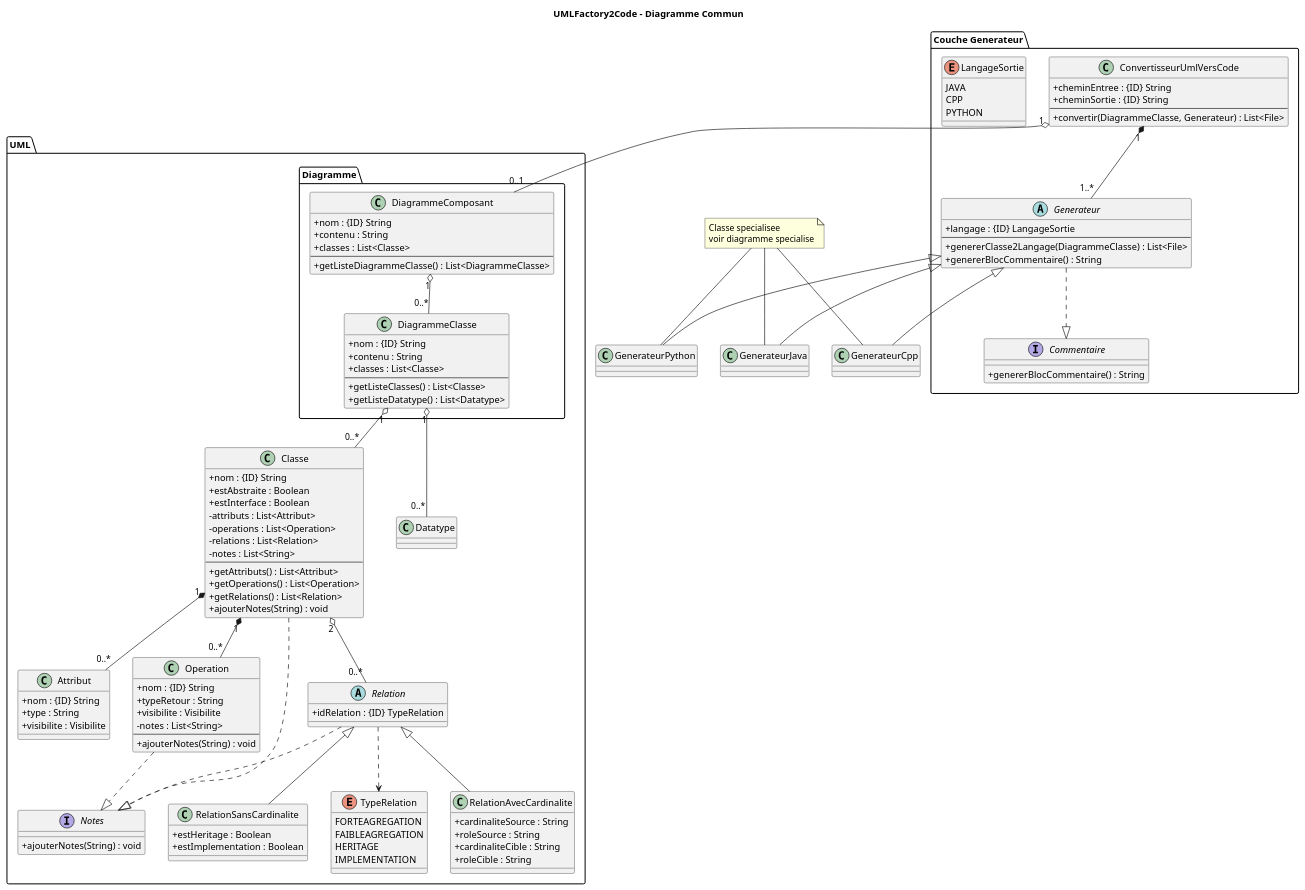
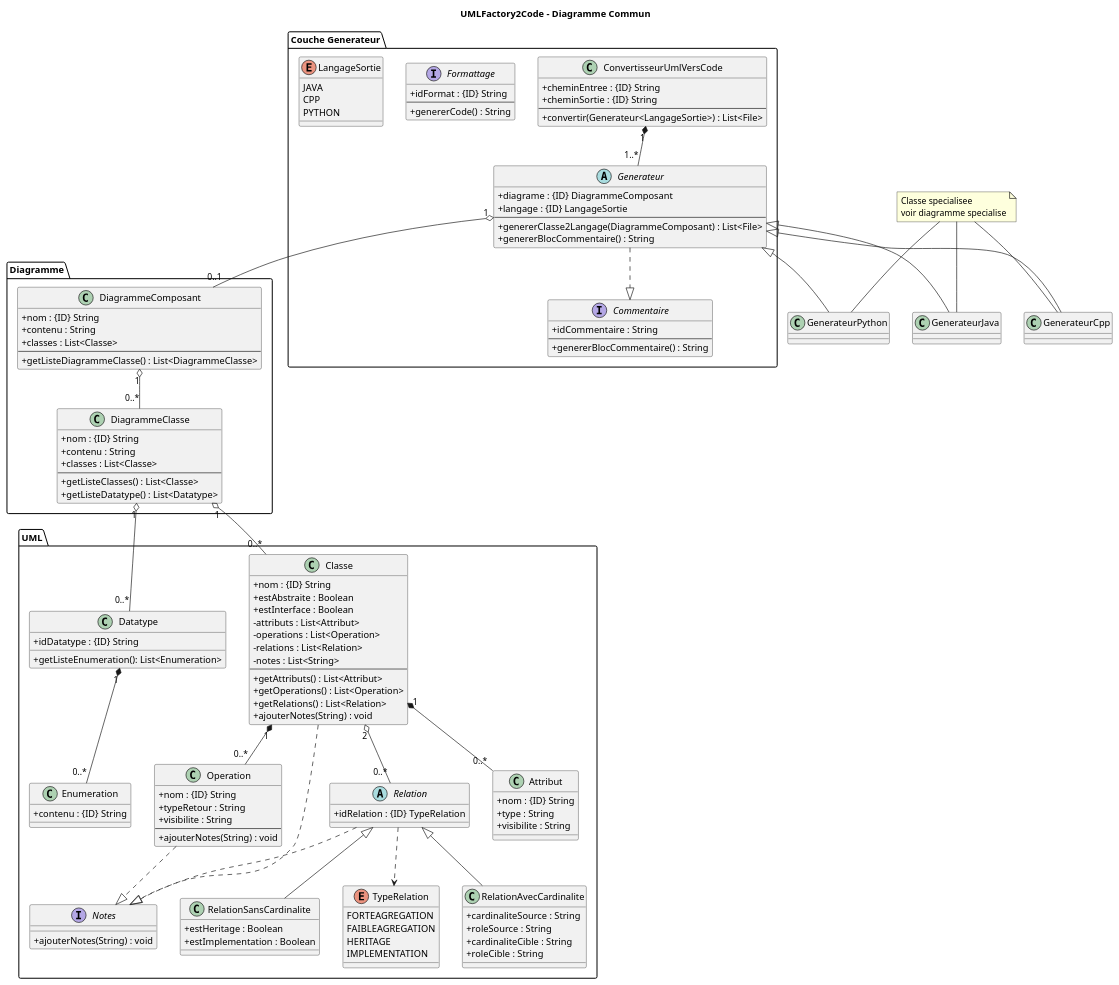
The diagram in doc/fichier_puml/diagramme_commun.puml (RasdaCorentin/PlantUML2Code), drawn with PlantUML before and after one commit. The commit also changed 2 other files, not shown here.

Commit message:
Modif Diagramme de classe

```diff
--- a/doc/fichier_puml/diagramme_commun.puml
+++ b/doc/fichier_puml/diagramme_commun.puml
@@ -1,142 +1,157 @@
 @startuml
 title UMLFactory2Code - Diagramme Commun
 skinparam classAttributeIconSize 0
 
 package "Couche Generateur" {
 
   class ConvertisseurUmlVersCode {
     +cheminEntree : {ID} String
     +cheminSortie : {ID} String
     ---
-    +convertir(DiagrammeClasse, Generateur) : List<File>
+    +convertir(Generateur<LangageSortie>) : List<File>
   }
 
   abstract class Generateur {
+    +diagrame : {ID} DiagrammeComposant
     +langage : {ID} LangageSortie
     ---
-    +genererClasse2Langage(DiagrammeClasse) : List<File>
+    +genererClasse2Langage(DiagrammeComposant) : List<File>
     +genererBlocCommentaire() : String
   }
-
+  ' --- Interface Formattage ---
+  interface Formattage {
+    +idFormat : {ID} String
+    ---
+    +genererCode() : String
+  }
   enum LangageSortie {
     JAVA
     CPP
     PYTHON
   }
 
   interface Commentaire {
+    +idCommentaire : String
+    ---
     +genererBlocCommentaire() : String
   }
 
   Generateur ..|> Commentaire
   ConvertisseurUmlVersCode "1" *-- "1..*" Generateur
 }
-
-package "UML" {
 
 package "Diagramme"{
   class DiagrammeComposant{
     +nom : {ID} String
     +contenu : String
     +classes : List<Classe>
     ---
     +getListeDiagrammeClasse() : List<DiagrammeClasse>
   }
   class DiagrammeClasse {
     +nom : {ID} String
     +contenu : String
     +classes : List<Classe>
     ---
     +getListeClasses() : List<Classe>
     +getListeDatatype() : List<Datatype>
   }
 }
+
+package "UML" {
   class "Classe" as UMLClasse {
     +nom : {ID} String
     +estAbstraite : Boolean
     +estInterface : Boolean
     -attributs : List<Attribut>
     -operations : List<Operation>
     -relations : List<Relation>
     -notes : List<String>
     ---
     +getAttributs() : List<Attribut>
     +getOperations() : List<Operation>
     +getRelations() : List<Relation>
     +ajouterNotes(String) : void
   }
 
   class Attribut {
     +nom : {ID} String
     +type : String
-    +visibilite : Visibilite
+    +visibilite : String 
   }
 
   class Operation {
     +nom : {ID} String
     +typeRetour : String
-    +visibilite : Visibilite
-    -notes : List<String>
+    +visibilite : String 
     ---
     +ajouterNotes(String) : void
   }
 
   abstract class Relation {
     +idRelation : {ID} TypeRelation
   }
 
   class RelationAvecCardinalite {
     +cardinaliteSource : String
     +roleSource : String
     +cardinaliteCible : String
     +roleCible : String
   }
   class RelationSansCardinalite {
     +estHeritage : Boolean
     +estImplementation : Boolean
   }
 
-  class Datatype{}
+  class Datatype{
+   +idDatatype : {ID} String
+   +getListeEnumeration(): List<Enumeration>
+  }
+
+  class Enumeration{
+     +contenu : {ID} String 
+  }
+  Datatype "1" *-- "0..*" Enumeration 
   DiagrammeClasse "1" o-- "0..*" Datatype 
   DiagrammeComposant "1" o-- "0..*" DiagrammeClasse
   interface Notes {
     +ajouterNotes(String) : void
   }
   enum TypeRelation {
    FORTEAGREGATION
    FAIBLEAGREGATION
    HERITAGE
    IMPLEMENTATION
   }
   Relation ..> TypeRelation
   ' --- Heritages ---
   Relation <|-- RelationSansCardinalite
   Relation <|-- RelationAvecCardinalite
 
   ' --- Implementations de Notes ---
   UMLClasse ..|> Notes
   Operation ..|> Notes
   Relation ..|> Notes
 
   ' --- Compositions internes ---
   DiagrammeClasse "1" o-- "0..*" UMLClasse  
   UMLClasse "1" *-- "0..*" Attribut
   UMLClasse "1" *-- "0..*" Operation
 
   ' --- Agregation : une relation lie 2 classes ---
   UMLClasse "2" o-- "0..*" Relation 
 }
 
 
 ' --- Heritages vers les generateurs specialises ---
 Generateur <|-- GenerateurJava
 Generateur <|-- GenerateurCpp
 Generateur <|-- GenerateurPython
-ConvertisseurUmlVersCode "1" o-- "0..1" DiagrammeComposant 
+Generateur "1" o-- "0..1" DiagrammeComposant 
 
 note "Classe specialisee\nvoir diagramme specialise" as N1
 N1 -- GenerateurJava
 N1 -- GenerateurCpp
 N1 -- GenerateurPython
 
 @enduml
```
